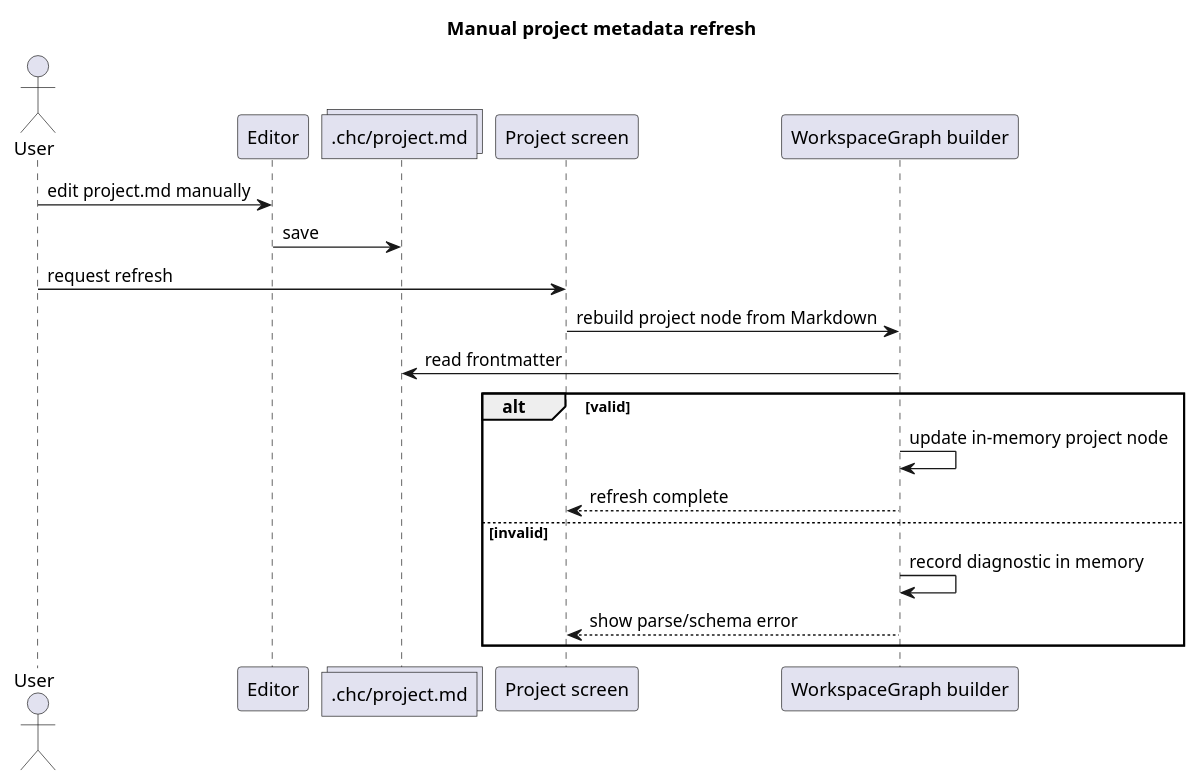
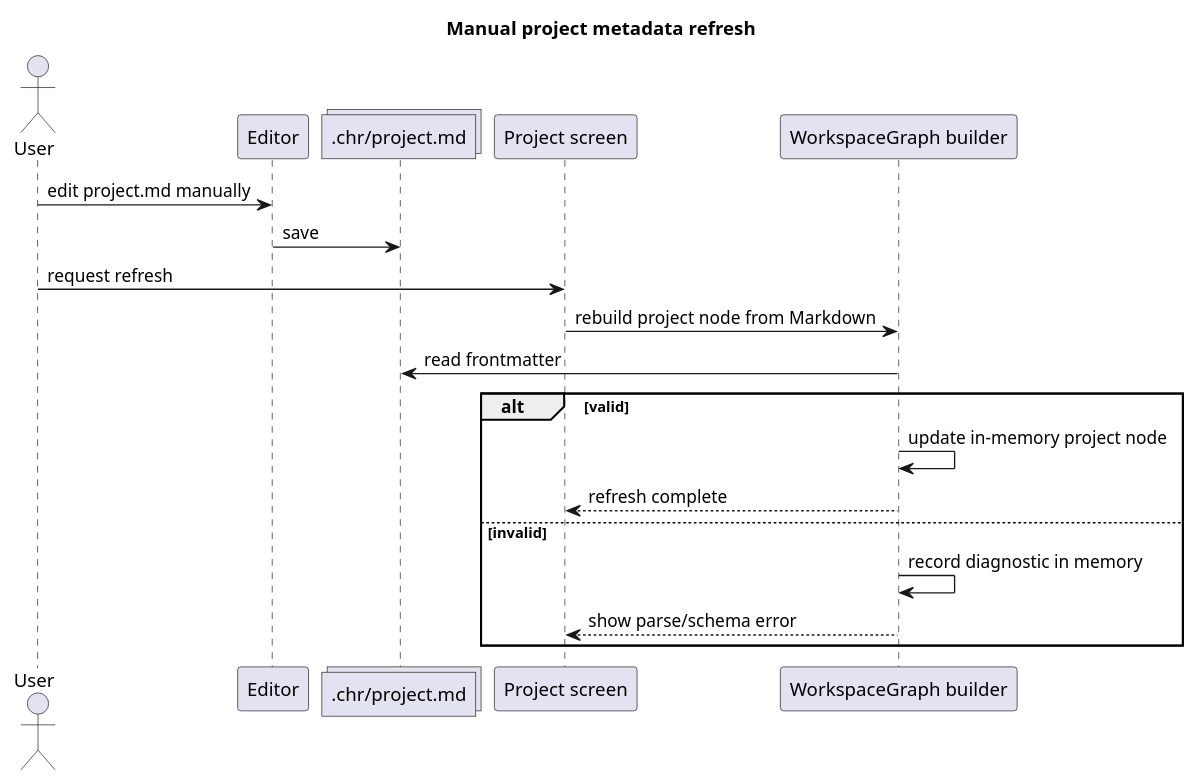
One commit to adrianpk/chr changed the third of 3 diagrams in .prj/specs/specs/tui-project-tab.md. Above: the diagram before and after it, drawn with PlantUML. The commit also changed other lines of this file and 1145 other files, not shown here.

````diff
--- a/.prj/specs/specs/tui-project-tab.md
+++ b/.prj/specs/specs/tui-project-tab.md
@@ -207,26 +207,26 @@
 ```plantuml
 @startuml
 title Manual project metadata refresh
 
 actor User
 participant Editor
-collections ".chc/project.md" as File
+collections ".chr/project.md" as File
 participant "Project screen" as UI
 participant "WorkspaceGraph builder" as Graph
 
 User -> Editor: edit project.md manually
 Editor -> File: save
 User -> UI: request refresh
 UI -> Graph: rebuild project node from Markdown
 Graph -> File: read frontmatter
 
 alt valid
     Graph -> Graph: update in-memory project node
     Graph --> UI: refresh complete
 else invalid
     Graph -> Graph: record diagnostic in memory
     Graph --> UI: show parse/schema error
 end
 
 @enduml
 ```
````
